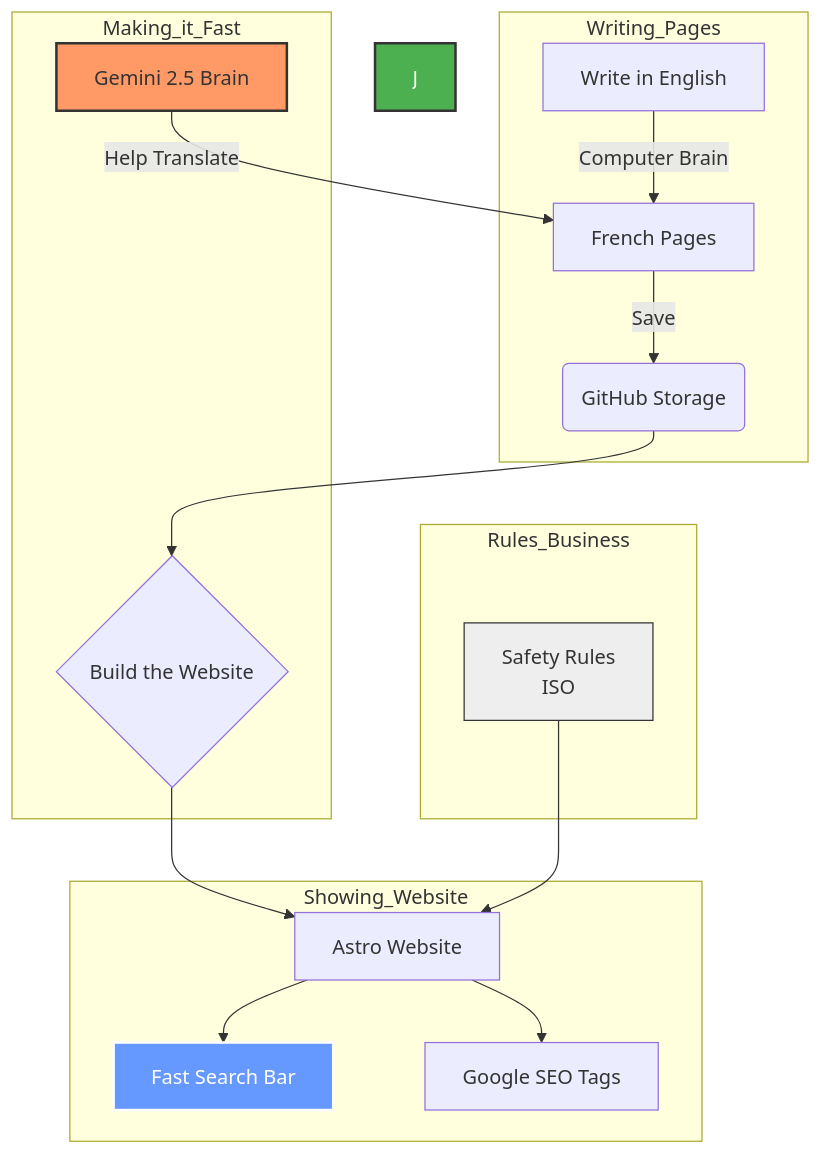
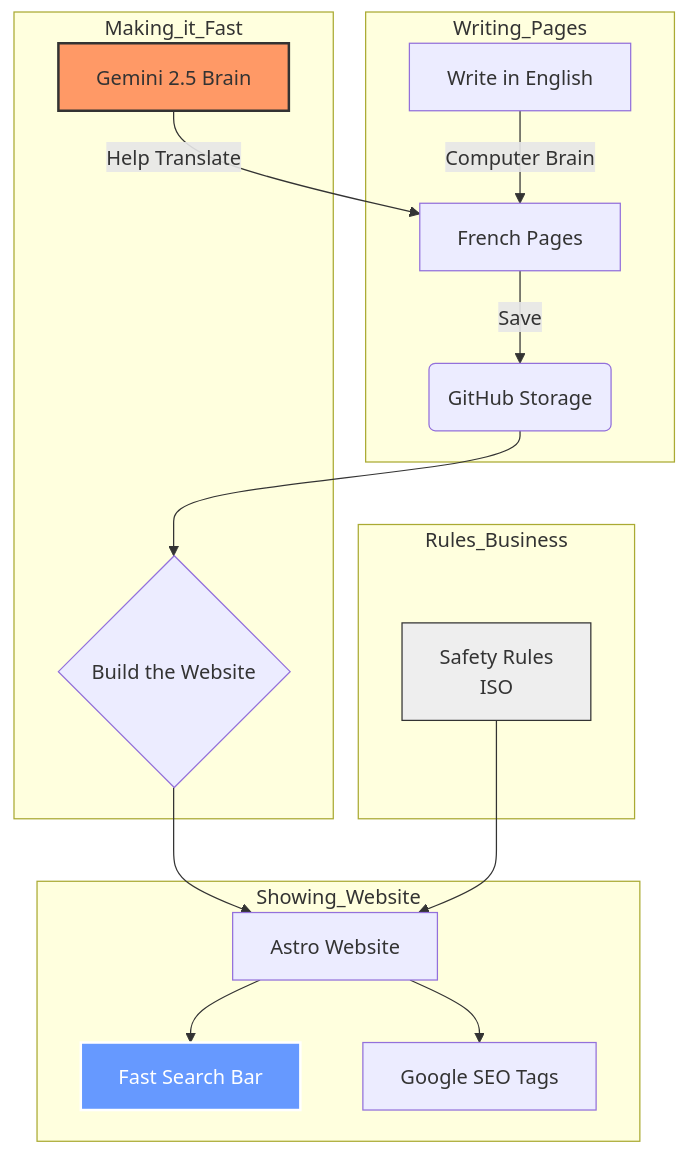
Before and after one commit to csspecialist/Technical-Portfolio-2026: the diagram in README.md, drawn with Mermaid.

Commit message:
fix: flow diagram

````diff
--- a/README.md
+++ b/README.md
@@ -21,27 +21,26 @@
 ```mermaid
 graph TD
     subgraph Writing_Pages
         A[Write in English] -->|Computer Brain| B[French Pages]
         B -->|Save| C(GitHub Storage)
     end
 
     subgraph Making_it_Fast
         D[Gemini 2.5 Brain] -->|Help Translate| B
         C --> E{Build the Website}
     end
 
     subgraph Showing_Website
         E --> F[Astro Website]
         F --> G[Fast Search Bar]
         F --> H[Google SEO Tags]
     end
 
     subgraph Rules_Business
         I[Safety Rules<br>ISO] --> F
     end
 
     style D fill:#f96,stroke:#333,stroke-width:2px
     style G fill:#69f,stroke:#fff,stroke-width:2px,color:#fff
-    style J fill:#4CAF50,stroke:#333,stroke-width:2px,color:#fff
     style I fill:#eee,stroke:#333
 ```
````
